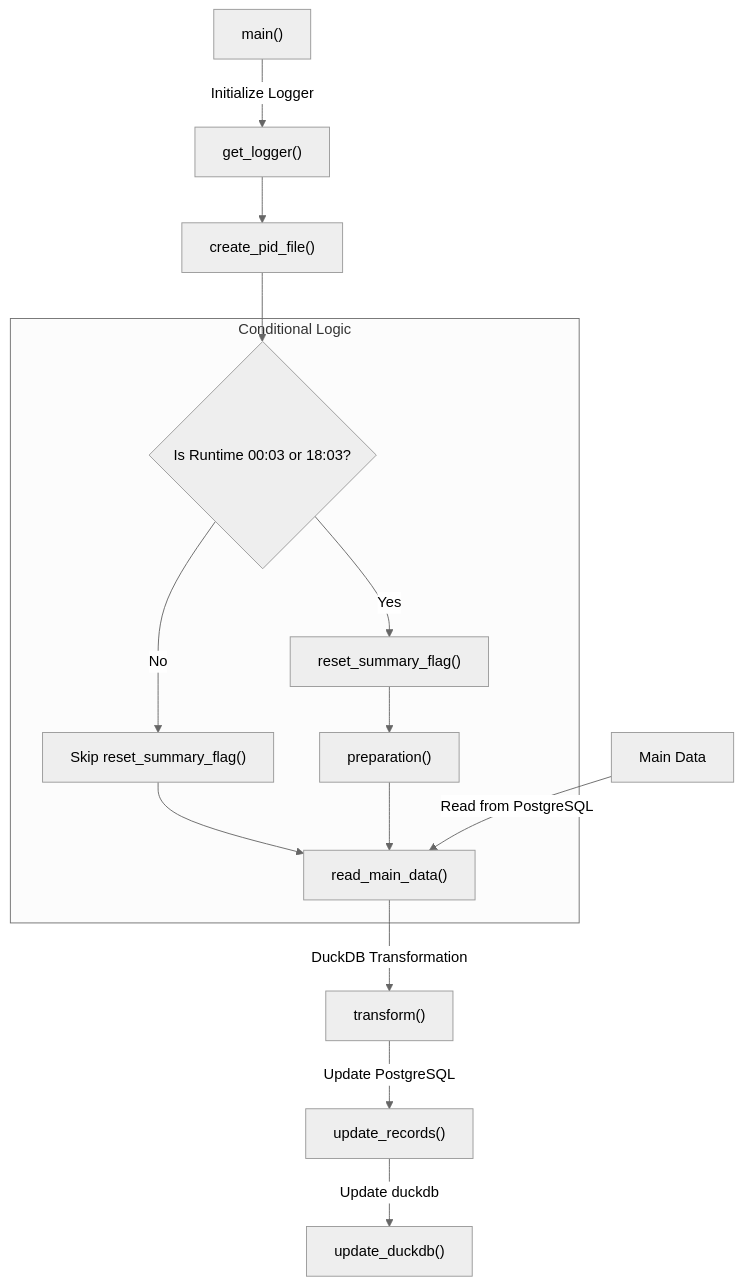
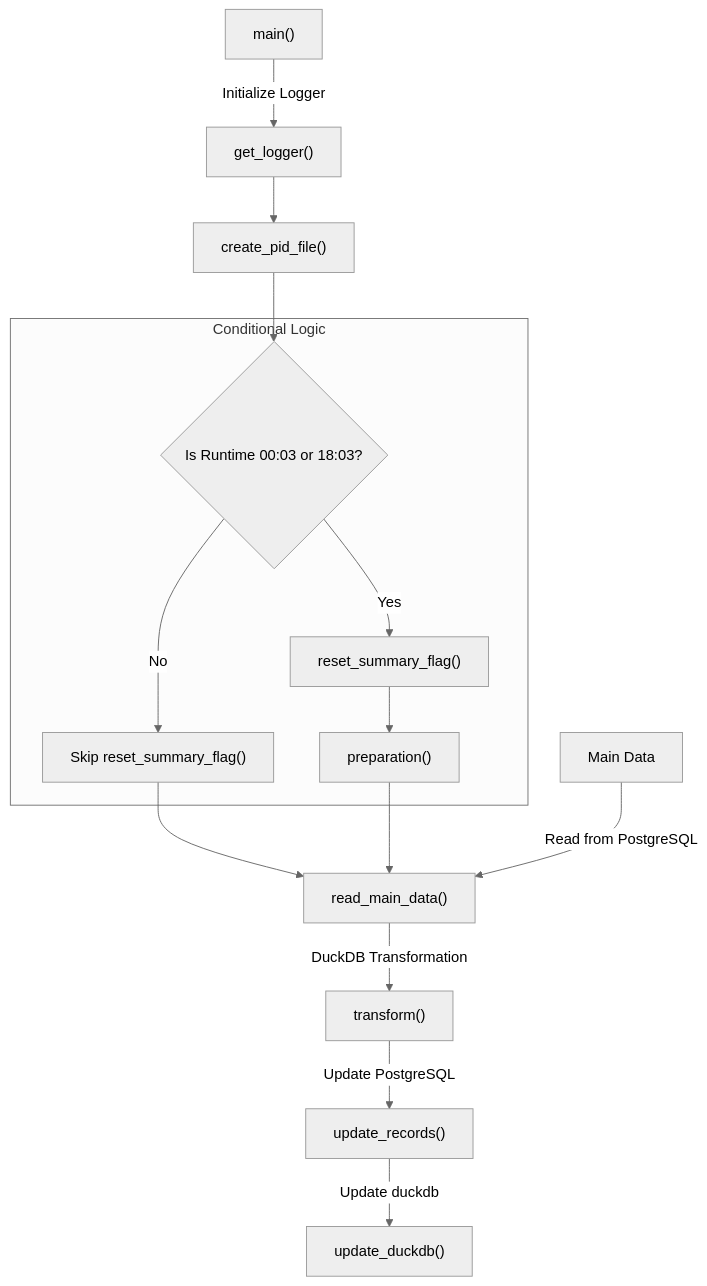
One commit to maulanaady/psn changed the second of 2 diagrams in UDR/calculation_readme.md. Above: the diagram before and after it, drawn with Mermaid (neutral theme).

Commit message:
update readme file

````diff
--- a/UDR/calculation_readme.md
+++ b/UDR/calculation_readme.md
@@ -74,19 +74,21 @@
 ```mermaid
 graph TD;
     A[main#40;#41;] --> |Initialize Logger| B[get_logger#40;#41;];
     B --> D[create_pid_file#40;#41;];
     D --> G{Is Runtime 00:03 or 18:03?}
     
     subgraph Conditional Logic
         G -- Yes --> H[reset_summary_flag#40;#41;];
-        G -- No --> I[Skip reset_summary_flag#40;#41;] --> F[read_main_data#40;#41;];
-        H --> J[preparation#40;#41;] --> F[read_main_data#40;#41;];
+        G -- No --> I[Skip reset_summary_flag#40;#41;];
+        H --> J[preparation#40;#41;];
     end
 
+    I --> F[read_main_data#40;#41;];
+    J --> F[read_main_data#40;#41;];
     P[Main Data] --> |Read from PostgreSQL| F;
     F --> |DuckDB Transformation| K[transform#40;#41;];
     K --> |Update PostgreSQL| L[update_records#40;#41;];
     L --> |Update duckdb| M[update_duckdb#40;#41;];
 
 
 ```
````
